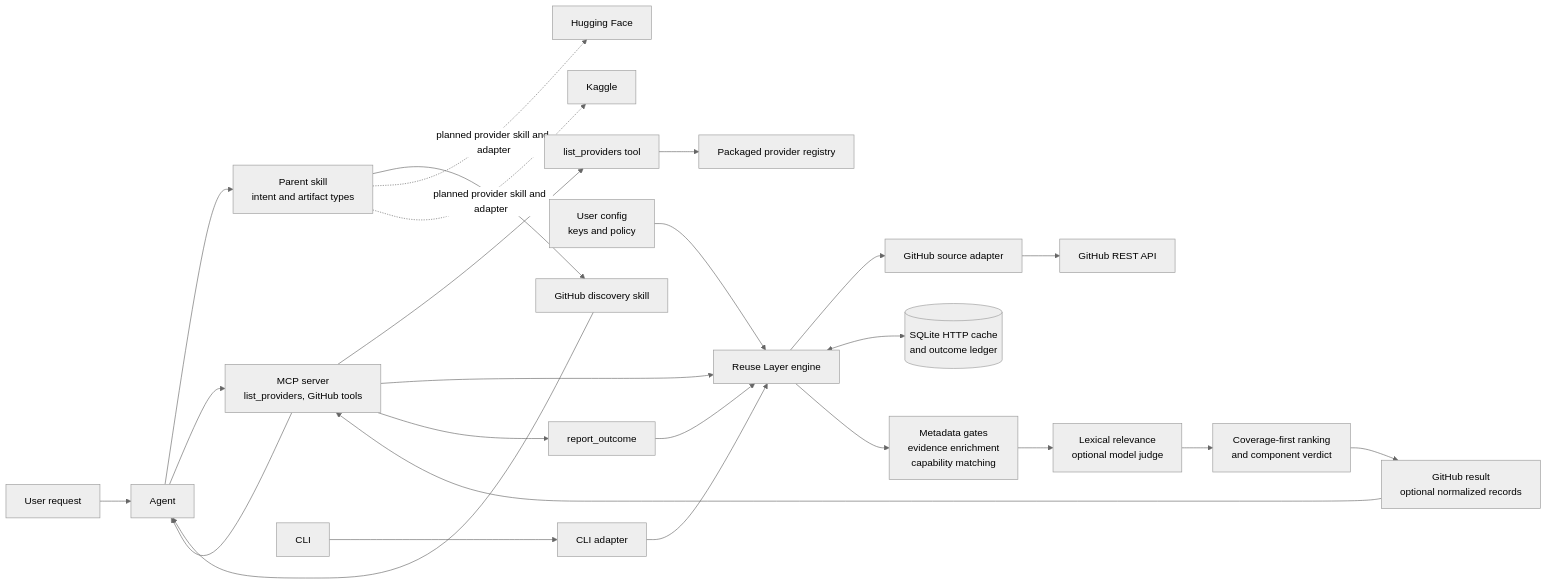
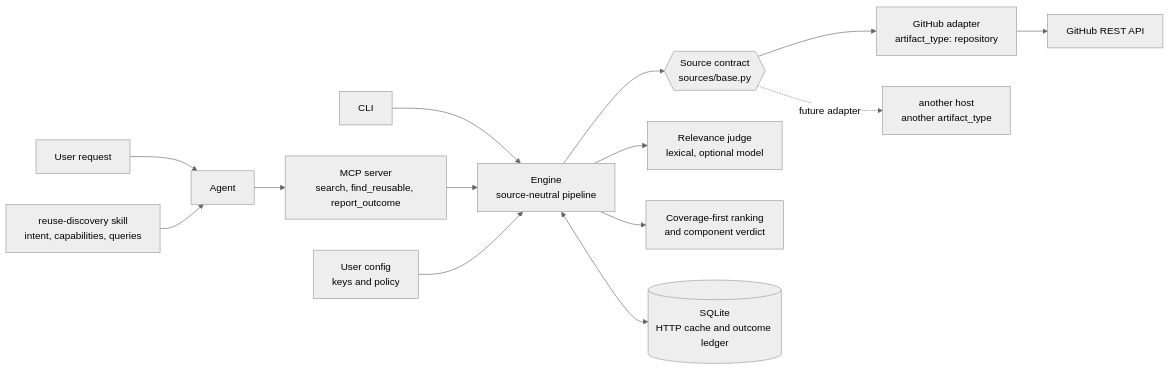
Before and after one commit to Qunivex/Open-Intelligence: the first of 2 diagrams in docs/architecture.md, drawn with Mermaid (neutral theme). The commit also changed other lines of this file and 25 other files, not shown here.

````diff
--- a/docs/architecture.md
+++ b/docs/architecture.md
@@ -8,28 +11,16 @@
 ```mermaid
 flowchart LR
     User[User request] --> Agent[Agent]
-    Agent --> Parent[Parent skill<br/>intent and artifact types]
-    Agent --> MCP[MCP server<br/>list_providers, GitHub tools]
-    MCP --> Registry[list_providers tool]
-    Registry --> Catalog[Packaged provider registry]
-    Parent --> GitSkill[GitHub discovery skill]
-    GitSkill --> Agent
-    Shell[CLI] --> CLIAdapter[CLI adapter]
-    MCP --> Engine[Reuse Layer engine]
-    CLIAdapter --> Engine
-    Engine --> Adapter[GitHub source adapter]
-    Adapter --> GH[GitHub REST API]
-    Engine <--> Cache[(SQLite HTTP cache<br/>and outcome ledger)]
+    Skill[reuse-discovery skill<br/>intent, capabilities, queries] --> Agent
+    Agent --> MCP[MCP server<br/>search, find_reusable, report_outcome]
+    Shell[CLI] --> Engine
+    MCP --> Engine[Engine<br/>source-neutral pipeline]
+    Engine --> Contract{{Source contract<br/>sources/base.py}}
+    Contract --> GitHub[GitHub adapter<br/>artifact_type: repository]
+    GitHub --> GH[GitHub REST API]
+    Contract -. future adapter .-> Other[another host<br/>another artifact_type]
+    Engine --> Judge[Relevance judge<br/>lexical, optional model]
+    Engine --> Rank[Coverage-first ranking<br/>and component verdict]
+    Engine <--> Store[(SQLite<br/>HTTP cache and outcome ledger)]
     Config[User config<br/>keys and policy] --> Engine
-    Engine --> Checks[Metadata gates<br/>evidence enrichment<br/>capability matching]
-    Checks --> Relevance[Lexical relevance<br/>optional model judge]
-    Relevance --> Rank[Coverage-first ranking<br/>and component verdict]
-    Rank --> Result[GitHub result<br/>optional normalized records]
-    Result --> MCP
-    MCP --> Agent
-    MCP --> Feedback[report_outcome]
-    Feedback --> Engine
-
-    Parent -. planned provider skill and adapter .-> HF[Hugging Face]
-    Parent -. planned provider skill and adapter .-> Kaggle[Kaggle]
 ```
````
